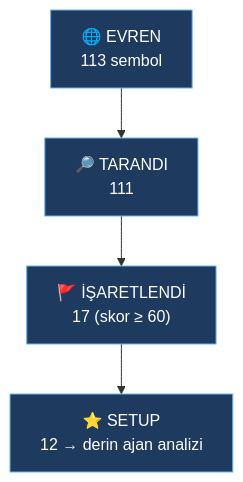
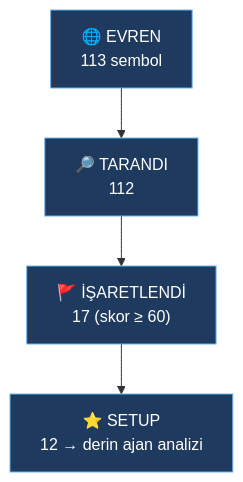
One commit to CoskunerBerke/trading2 changed the diagram in Trading_bot/Scanner.md. Above: the diagram before and after it, drawn with Mermaid. The commit also changed other lines of this file and 81 other files, not shown here.

````diff
--- a/Trading_bot/Scanner.md
+++ b/Trading_bot/Scanner.md
@@ -8,8 +8,8 @@
 ```mermaid
 flowchart TB
-    A["🌐 EVREN<br/>113 sembol"] --> B["🔎 TARANDI<br/>111"]
+    A["🌐 EVREN<br/>113 sembol"] --> B["🔎 TARANDI<br/>112"]
     B --> C["🚩 İŞARETLENDİ<br/>17 (skor ≥ 60)"]
     C --> D["⭐ SETUP<br/>12 → derin ajan analizi"]
     classDef f fill:#1e3a5f,stroke:#64b5f6,color:#fff
     class A,B,C,D f
 ```
````
